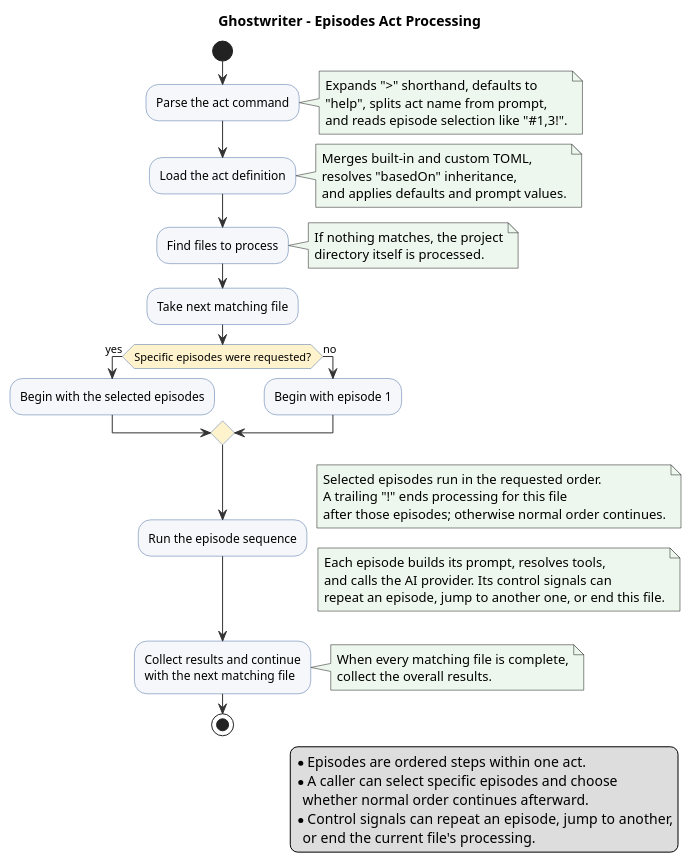
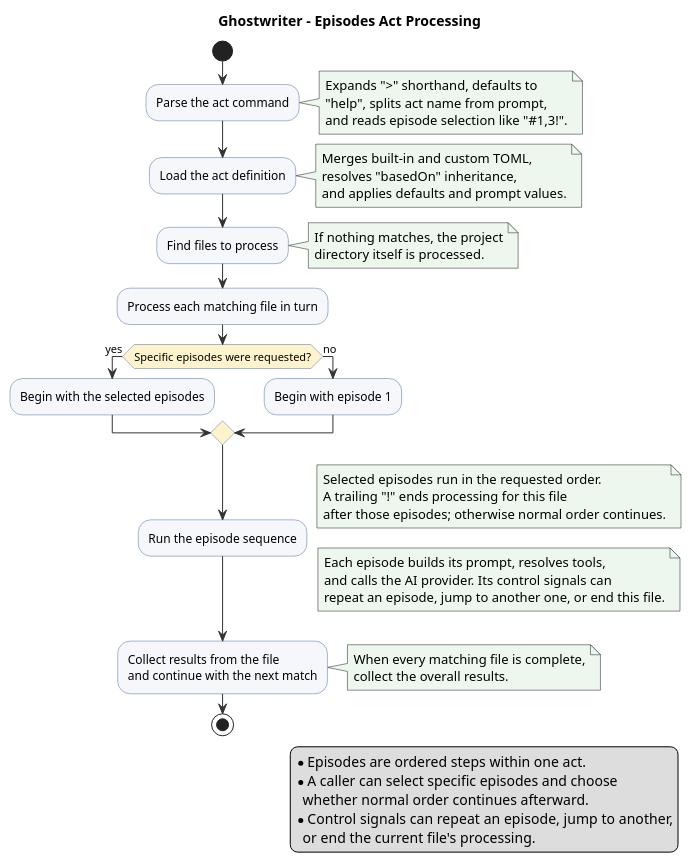
One commit to machanism-org/ghostwriter changed the diagram in src/site/puml/episodes-act-processing.puml. Above: the diagram before and after it, drawn with PlantUML. The commit also changed 47 other files, not shown here.

```diff
--- a/src/site/puml/episodes-act-processing.puml
+++ b/src/site/puml/episodes-act-processing.puml
@@ -1,75 +1,75 @@
 @startuml
 ' @guidance:
 ' Create or update the PlantUML diagram describing the Episodes Act processing flow.
 ' Keep this diagram simple: a short linear flow with minimal partitions,
 ' one decision point, and explanatory notes instead of nested detail.
 
 
 title Ghostwriter - Episodes Act Processing
 
 skinparam ArrowColor #333333
 skinparam ActivityBackgroundColor #F5F7FA
 skinparam ActivityBorderColor #4A6FA5
 skinparam ActivityDiamondBackgroundColor #FFF3CD
 skinparam NoteBackgroundColor #EDF7ED
 
 start
 
 :Parse the act command;
 note right
   Expands ">" shorthand, defaults to
   "help", splits act name from prompt,
   and reads episode selection like "#1,3!".
 end note
 
 :Load the act definition;
 note right
   Merges built-in and custom TOML,
   resolves "basedOn" inheritance,
   and applies defaults and prompt values.
 end note
 
 :Find files to process;
 note right
   If nothing matches, the project
   directory itself is processed.
 end note
 
-:Take next matching file;
+:Process each matching file in turn;
 
 if (Specific episodes were requested?) then (yes)
   :Begin with the selected episodes;
 else (no)
   :Begin with episode 1;
 endif
 
 :Run the episode sequence;
 note right
   Selected episodes run in the requested order.
   A trailing "!" ends processing for this file
   after those episodes; otherwise normal order continues.
 end note
 
 note right
   Each episode builds its prompt, resolves tools,
   and calls the AI provider. Its control signals can
   repeat an episode, jump to another one, or end this file.
 end note
 
-:Collect results and continue
-with the next matching file;
+:Collect results from the file
+and continue with the next match;
 note right
   When every matching file is complete,
   collect the overall results.
 end note
 
 stop
 
 legend right
   * Episodes are ordered steps within one act.
   * A caller can select specific episodes and choose
     whether normal order continues afterward.
   * Control signals can repeat an episode, jump to another,
     or end the current file's processing.
 endlegend
 @enduml
```
